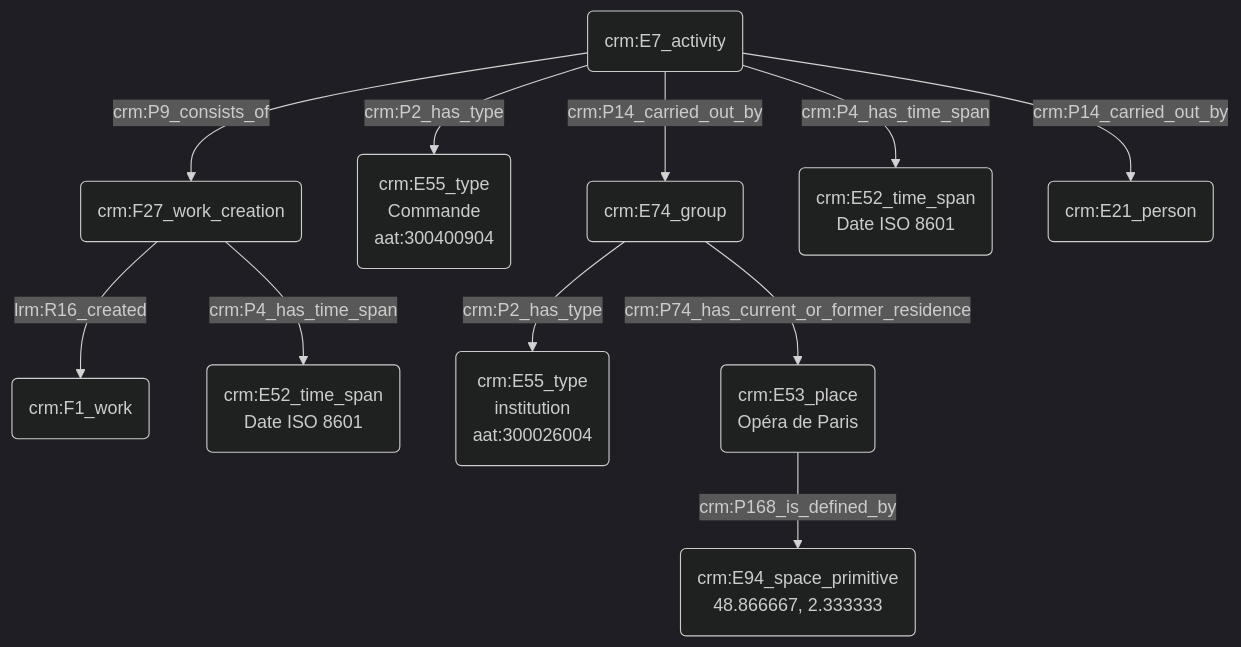
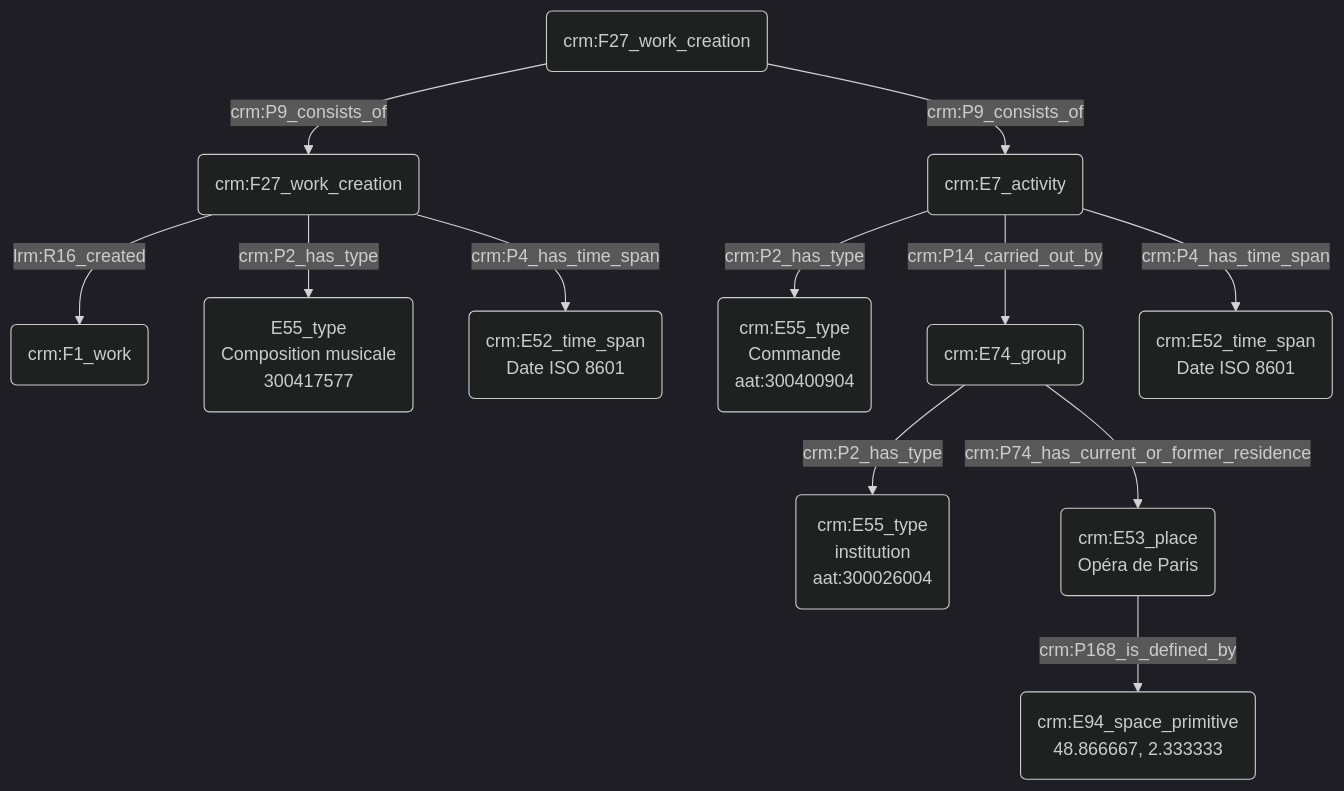
One commit to Amleth/consortium-musica2-gt2-ontologies changed the diagram in modules/livrables/Dossier 2/Indexation conceptuelle/commanditaire d'une œuvre.md. Above: the diagram before and after it, drawn with Mermaid (dark theme).

Commit message:
Update commanditaire d'une œuvre.md

````diff
--- a/modules/livrables/Dossier 2/Indexation conceptuelle/commanditaire d'une œuvre.md
+++ b/modules/livrables/Dossier 2/Indexation conceptuelle/commanditaire d'une œuvre.md
@@ -17,18 +17,21 @@
 ```mermaid
 graph TD;
 
+M(crm:F27_work_creation) --> |crm:P9_consists_of| A(crm:F27_work_creation)
+M(crm:F27_work_creation) --> |crm:P9_consists_of| C(crm:E7_activity)
+
 A(crm:F27_work_creation) --> |lrm:R16_created| B(crm:F1_work)
+A(crm:F27_work_creation) --> |crm:P2_has_type| N(E55_type<br>Composition musicale<br>300417577)
 A(crm:F27_work_creation) --> |crm:P4_has_time_span| J(crm:E52_time_span<br>Date ISO 8601)
 
-C(crm:E7_activity) -->|crm:P9_consists_of| A(crm:F27_work_creation)
 C(crm:E7_activity) --> |crm:P2_has_type| D(crm:E55_type<br>Commande<br>aat:300400904)
 C(crm:E7_activity) --> |crm:P14_carried_out_by| E(crm:E74_group)
 C(crm:E7_activity) --> |crm:P4_has_time_span| K(crm:E52_time_span<br>Date ISO 8601)
 E(crm:E74_group) -->|crm:P2_has_type| F(crm:E55_type<br>institution<br>aat:300026004)
 E(crm:E74_group) --> |crm:P74_has_current_or_former_residence| I(crm:E53_place<br>Opéra de Paris)
 I(crm:E53_place<br>Opéra de Paris) --> |crm:P168_is_defined_by| G(crm:E94_space_primitive
 48.866667, 2.333333)
-C(crm:E7_activity) --> |crm:P14_carried_out_by| H(crm:E21_person<John Doe)
+
 
 
 ```
````
